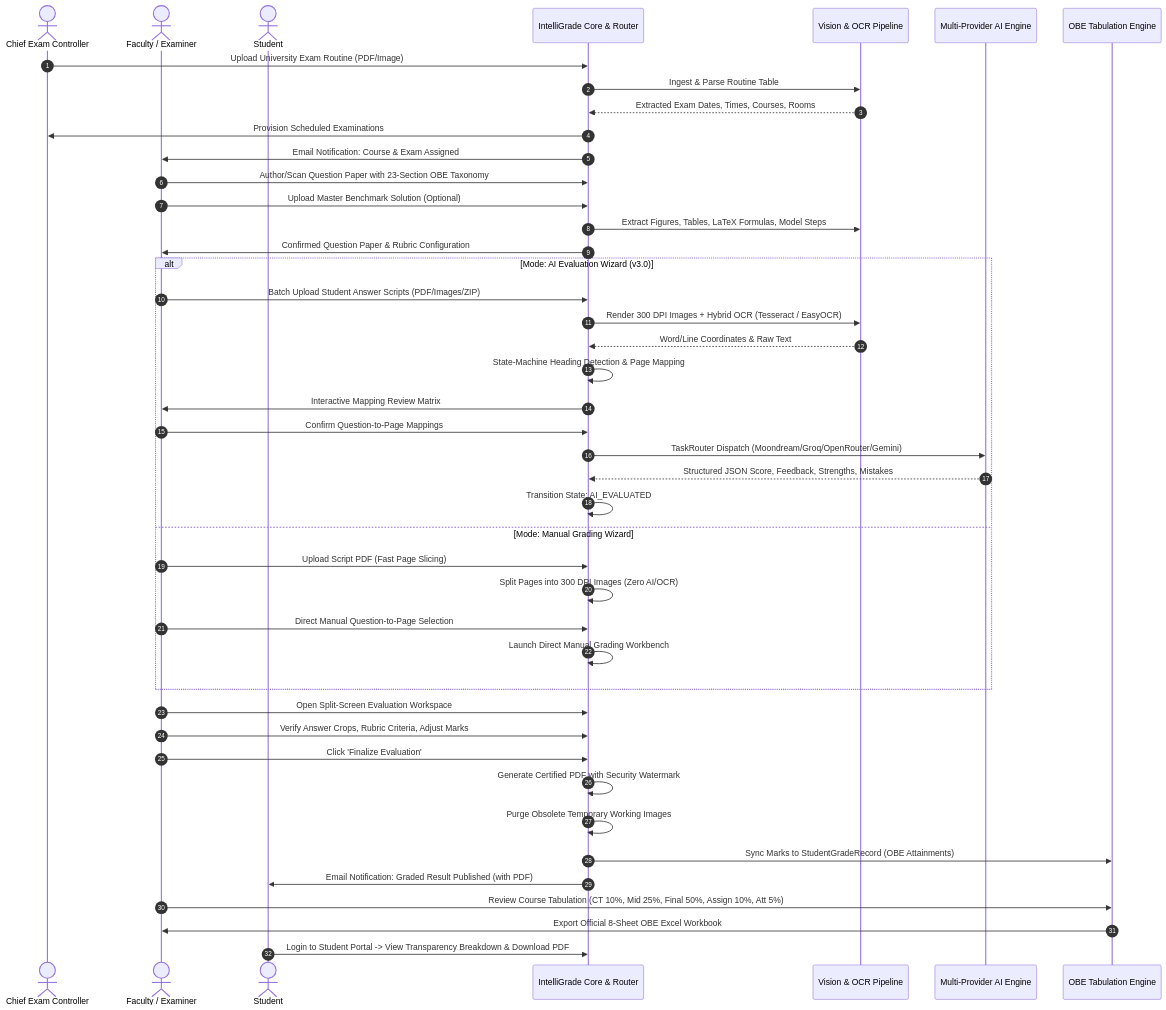
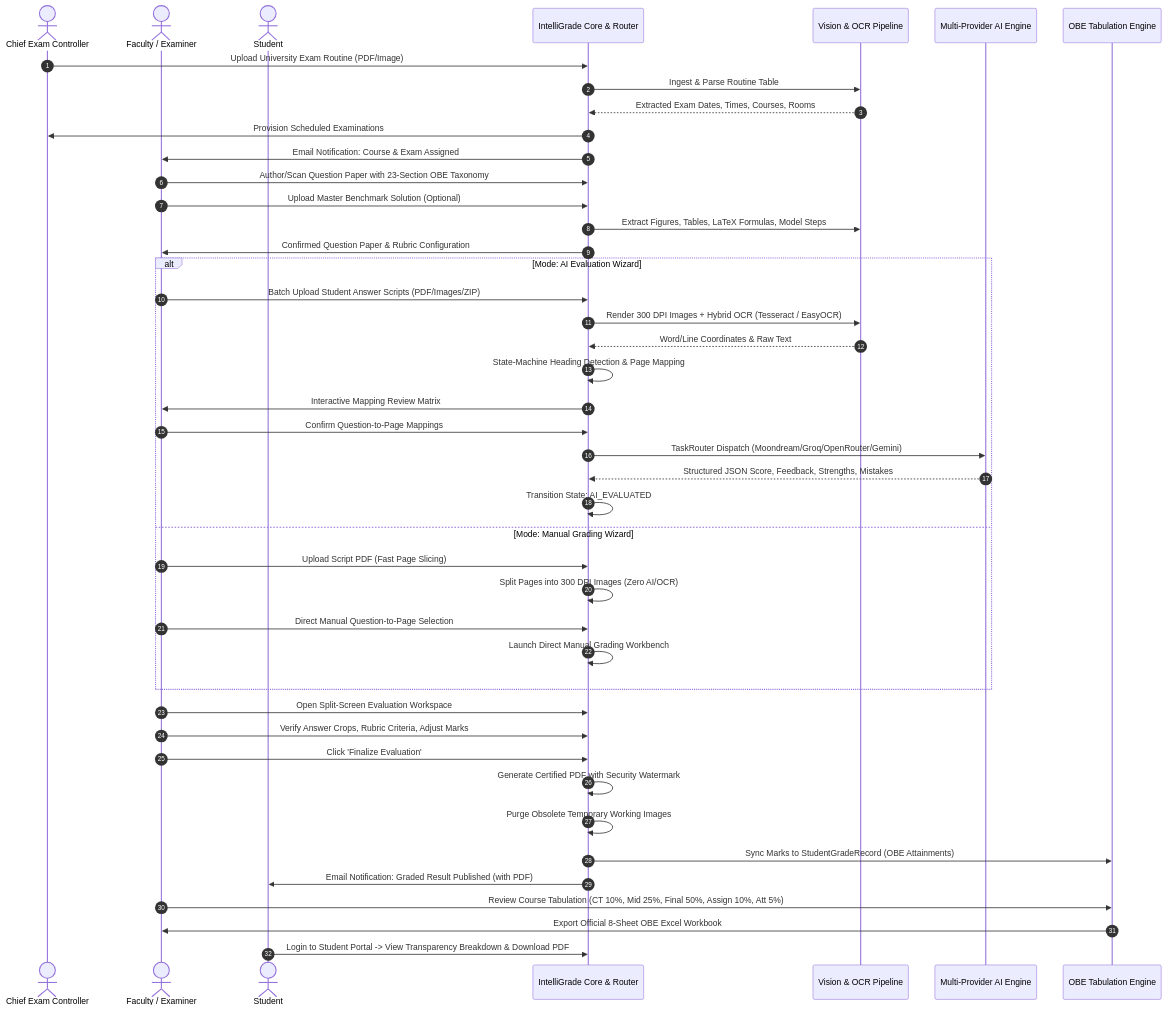
The first of 2 diagrams in docs/01-requirements/03-system-workflow.md (hijbullahx/IntelliGrade), drawn with Mermaid before and after one commit. The commit also changed 19 other files, not shown here.

Commit message:
docs: initialize project documentation and establish core AI-assisted evaluation engine architecture and configuration.

````diff
--- a/docs/01-requirements/03-system-workflow.md
+++ b/docs/01-requirements/03-system-workflow.md
@@ -11,58 +11,58 @@
 ```mermaid
 sequenceDiagram
     autonumber
     actor Admin as Chief Exam Controller
     actor Teacher as Faculty / Examiner
     actor Student as Student
     participant System as IntelliGrade Core & Router
     participant OCR as Vision & OCR Pipeline
     participant AI as Multi-Provider AI Engine
     participant Tab as OBE Tabulation Engine
 
     %% Phase 1: Governance & Routine
     Admin->>System: Upload University Exam Routine (PDF/Image)
     System->>OCR: Ingest & Parse Routine Table
     OCR-->>System: Extracted Exam Dates, Times, Courses, Rooms
     System->>Admin: Provision Scheduled Examinations
     System->>Teacher: Email Notification: Course & Exam Assigned
 
     %% Phase 2: Question & Rubric Studio
     Teacher->>System: Author/Scan Question Paper with 23-Section OBE Taxonomy
     Teacher->>System: Upload Master Benchmark Solution (Optional)
     System->>OCR: Extract Figures, Tables, LaTeX Formulas, Model Steps
     System->>Teacher: Confirmed Question Paper & Rubric Configuration
 
     %% Phase 3: Script Ingestion & Boundary Mapping
-    alt Mode: AI Evaluation Wizard (v3.0)
+    alt Mode: AI Evaluation Wizard
         Teacher->>System: Batch Upload Student Answer Scripts (PDF/Images/ZIP)
         System->>OCR: Render 300 DPI Images + Hybrid OCR (Tesseract / EasyOCR)
         OCR-->>System: Word/Line Coordinates & Raw Text
         System->>System: State-Machine Heading Detection & Page Mapping
         System->>Teacher: Interactive Mapping Review Matrix
         Teacher->>System: Confirm Question-to-Page Mappings
         
         %% Phase 4: AI Evaluation
         System->>AI: TaskRouter Dispatch (Moondream/Groq/OpenRouter/Gemini)
         AI-->>System: Structured JSON Score, Feedback, Strengths, Mistakes
         System->>System: Transition State: AI_EVALUATED
     else Mode: Manual Grading Wizard
         Teacher->>System: Upload Script PDF (Fast Page Slicing)
         System->>System: Split Pages into 300 DPI Images (Zero AI/OCR)
         Teacher->>System: Direct Manual Question-to-Page Selection
         System->>System: Launch Direct Manual Grading Workbench
     end
 
     %% Phase 5: Teacher Review & Finalization
     Teacher->>System: Open Split-Screen Evaluation Workspace
     Teacher->>System: Verify Answer Crops, Rubric Criteria, Adjust Marks
     Teacher->>System: Click 'Finalize Evaluation'
     System->>System: Generate Certified PDF with Security Watermark
     System->>System: Purge Obsolete Temporary Working Images
     System->>Tab: Sync Marks to StudentGradeRecord (OBE Attainments)
     System->>Student: Email Notification: Graded Result Published (with PDF)
 
     %% Phase 6: OBE Tabulation & Dissemination
     Teacher->>Tab: Review Course Tabulation (CT 10%, Mid 25%, Final 50%, Assign 10%, Att 5%)
     Tab->>Teacher: Export Official 8-Sheet OBE Excel Workbook
     Student->>System: Login to Student Portal -> View Transparency Breakdown & Download PDF
 ```
````
